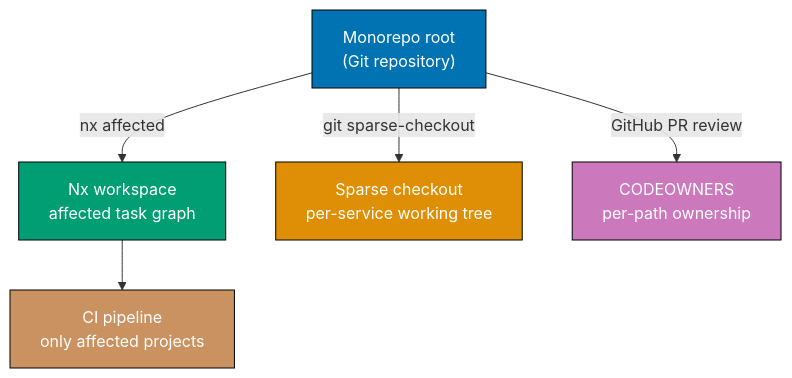
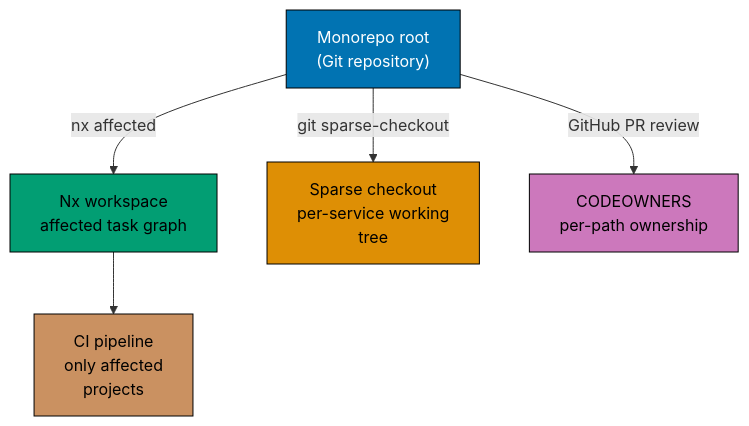
One commit to wahidyankf/ose-public changed diagram 12 of 14 in apps/ayokoding-www/content/en/learn/legacy/software-engineering/automation-tools/git/by-example/advanced.md. Above: the diagram before and after it, drawn with Mermaid. The commit also changed other lines of this file and 131 other files, not shown here.

First line of the commit message:
fix(mermaid): bring the legacy data, infrastructure, and testing diagrams onto the accessible palette

````diff
--- a/apps/ayokoding-www/content/en/learn/legacy/software-engineering/automation-tools/git/by-example/advanced.md
+++ b/apps/ayokoding-www/content/en/learn/legacy/software-engineering/automation-tools/git/by-example/advanced.md
@@ -1591,20 +1652,28 @@
 ```mermaid
 %% Color Palette: Blue #0173B2, Orange #DE8F05, Teal #029E73, Purple #CC78BC, Brown #CA9161
 graph TD
+    accTitle: Example 84: Monorepo Strategies with Git — Nx, Sparse Checkout, and CODEOWNERS
+    accDescr: Graph with 5 nodes and 4 connections. Nodes: Monorepo root (Git repository), Nx workspace affected task graph, Sparse checkout per-service working tree, CODEOWNERS per-path ownership, CI pipeline only affected projects. Connections: Monorepo root (Git repository) to Nx workspace affected task graph (nx affected), Monorepo root (Git repository) to Sparse checkout per-service working tree (git sparse-checkout), Monorepo root (Git repository) to CODEOWNERS per-path ownership (GitHub PR review), Nx workspace affected task graph to CI pipeline only affected projects.
     MONO["Monorepo root<br/>(Git repository)"]
     NX["Nx workspace<br/>affected task graph"]
-    SPARSE["Sparse checkout<br/>per-service working tree"]
+    SPARSE["Sparse checkout<br/>per-service working<br/>tree"]
     OWNERS["CODEOWNERS<br/>per-path ownership"]
-    CI["CI pipeline<br/>only affected projects"]
+    CI["CI pipeline<br/>only affected<br/>projects"]
 
     MONO -->|nx affected| NX
     MONO -->|git sparse-checkout| SPARSE
     MONO -->|GitHub PR review| OWNERS
     NX --> CI
 
-    style MONO fill:#0173B2,stroke:#000,color:#fff
-    style NX fill:#029E73,stroke:#000,color:#fff
-    style SPARSE fill:#DE8F05,stroke:#000,color:#fff
-    style OWNERS fill:#CC78BC,stroke:#000,color:#fff
-    style CI fill:#CA9161,stroke:#000,color:#fff
+    classDef pal-0173B2 fill:#0173B2,stroke:#000000,color:#FFFFFF
+    class MONO pal-0173B2
+    classDef pal-029E73 fill:#029E73,stroke:#000000,color:#000000
+    class NX pal-029E73
+    classDef pal-DE8F05 fill:#DE8F05,stroke:#000000,color:#000000
+    class SPARSE pal-DE8F05
+    classDef pal-CC78BC fill:#CC78BC,stroke:#000000,color:#000000
+    class OWNERS pal-CC78BC
+    classDef pal-CA9161 fill:#CA9161,stroke:#000000,color:#000000
+    class CI pal-CA9161
+    classDef default fill:#FFFFFF,stroke:#000000,color:#000000
 ```
````
